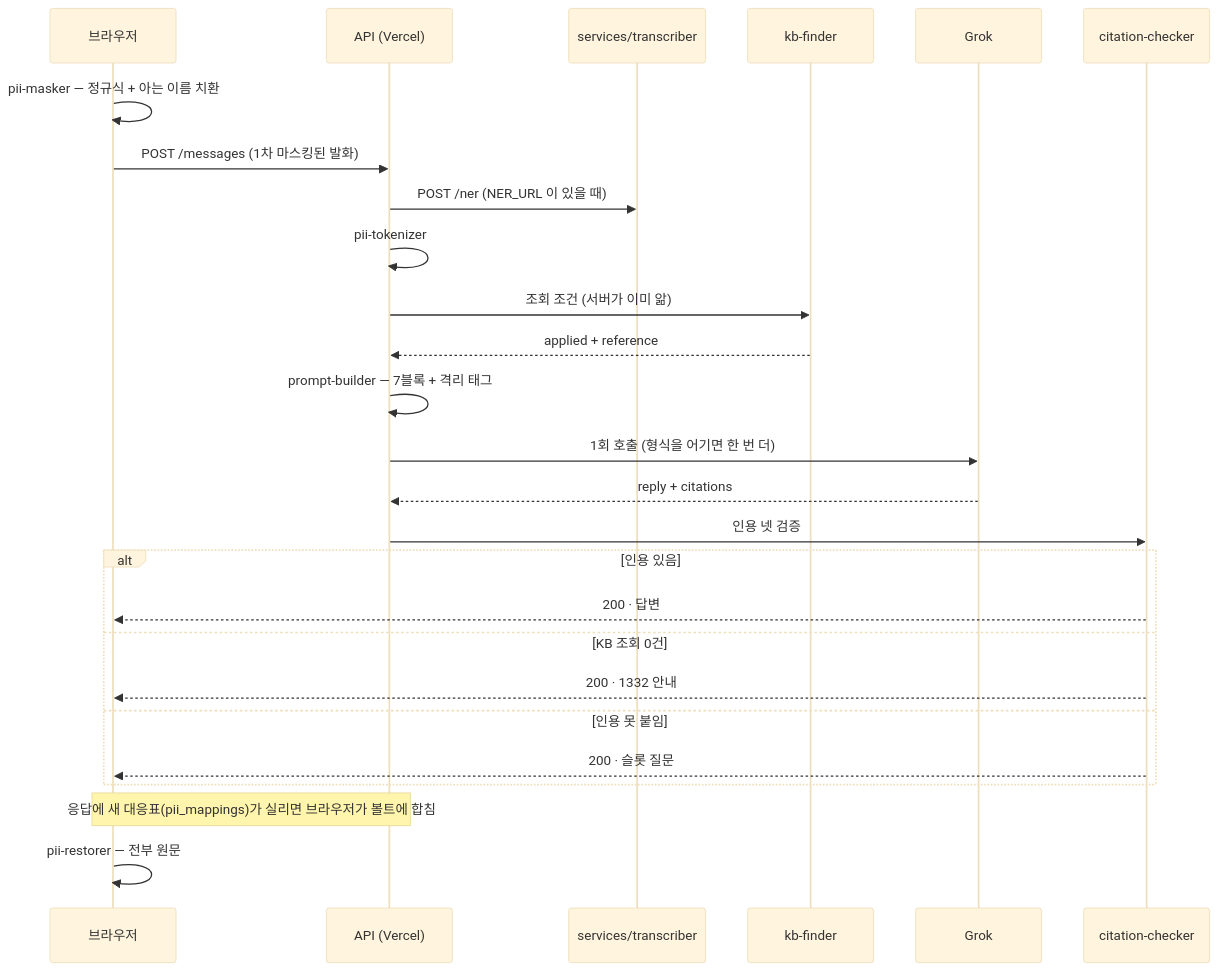
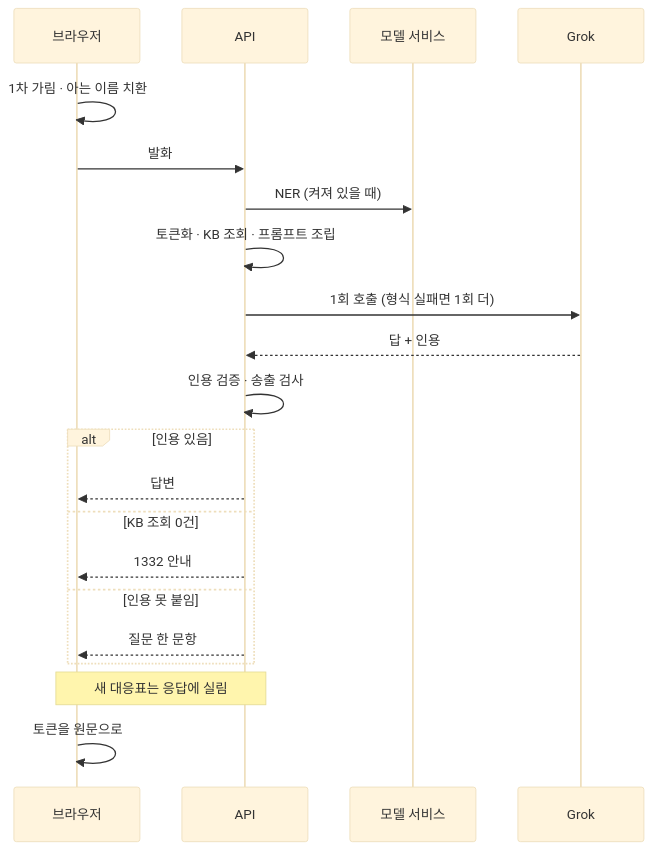
The tenth of 10 diagrams in ARCHITECTURE.md (Dojaegyum/fsec-ai-challenge), drawn with Mermaid (base theme) before and after one commit. The commit also changed other lines of this file and 4 other files, not shown here.

First line of the commit message:
ARCHITECTURE.md 그림을 뷰어에서 안 잘리게 다시 그리고, ADR 번호를 그림·본문에서 걷어 절 끝 「근거」로 모으고, 환경·시크릿 절을 없앤다

````diff
--- a/ARCHITECTURE.md
+++ b/ARCHITECTURE.md
@@ -497,29 +416,25 @@
 ```mermaid
 sequenceDiagram
     participant B as 브라우저
-    participant A as API (Vercel)
-    participant S as services/transcriber
-    participant K as kb-finder
+    participant A as API
+    participant M as 모델 서비스
     participant G as Grok
-    participant C as citation-checker
 
-    B->>B: pii-masker — 정규식 + 아는 이름 치환
-    B->>A: POST /messages (1차 마스킹된 발화)
-    A->>S: POST /ner (NER_URL 이 있을 때)
-    A->>A: pii-tokenizer
-    A->>K: 조회 조건 (서버가 이미 앎)
-    K-->>A: applied + reference
-    A->>A: prompt-builder — 7블록 + 격리 태그
-    A->>G: 1회 호출 (형식을 어기면 한 번 더)
-    G-->>A: reply + citations
-    A->>C: 인용 넷 검증
+    B->>B: 1차 가림 · 아는 이름 치환
+    B->>A: 발화
+    A->>M: NER (켜져 있을 때)
+    A->>A: 토큰화 · KB 조회 · 프롬프트 조립
+    A->>G: 1회 호출 (형식 실패면 1회 더)
+    G-->>A: 답 + 인용
+    A->>A: 인용 검증 · 송출 검사
+
     alt 인용 있음
-        C-->>B: 200 · 답변
+        A-->>B: 답변
     else KB 조회 0건
-        C-->>B: 200 · 1332 안내
+        A-->>B: 1332 안내
     else 인용 못 붙임
-        C-->>B: 200 · 슬롯 질문
+        A-->>B: 질문 한 문항
     end
-    Note over A,B: 응답에 새 대응표(pii_mappings)가 실리면 브라우저가 볼트에 합침
-    B->>B: pii-restorer — 전부 원문
+    Note over B,A: 새 대응표는 응답에 실림
+    B->>B: 토큰을 원문으로
 ```
````
